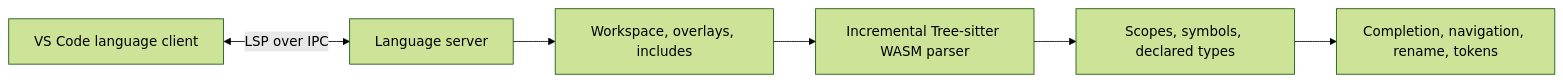
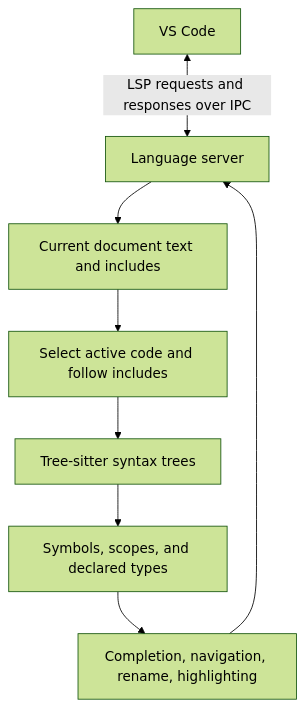
Before and after one commit to RabbitWhite1/p4-lang-vscode: the first of 3 diagrams in README.md, drawn with Mermaid (forest theme). The commit also changed other lines of this file and 52 other files, not shown here.

````diff
--- a/README.md
+++ b/README.md
@@ -47,8 +54,10 @@
 ```mermaid
-flowchart LR
-  VSCode[VS Code language client] <-->|LSP over IPC| Server[Language server]
-  Server --> Workspace[Workspace, overlays, includes]
-  Workspace --> Parser[Incremental Tree-sitter WASM parser]
-  Parser --> Model[Scopes, symbols, declared types]
-  Model --> Features[Completion, navigation, rename, tokens]
+flowchart TD
+  VSCode[VS Code] <-->|LSP requests and responses over IPC| Server[Language server]
+  Server --> Workspace[Current document text and includes]
+  Workspace --> Preprocessor[Select active code and follow includes]
+  Preprocessor --> Parser[Tree-sitter syntax trees]
+  Parser --> Model[Symbols, scopes, and declared types]
+  Model --> Features[Completion, navigation, rename, highlighting]
+  Features --> Server
 ```
````
